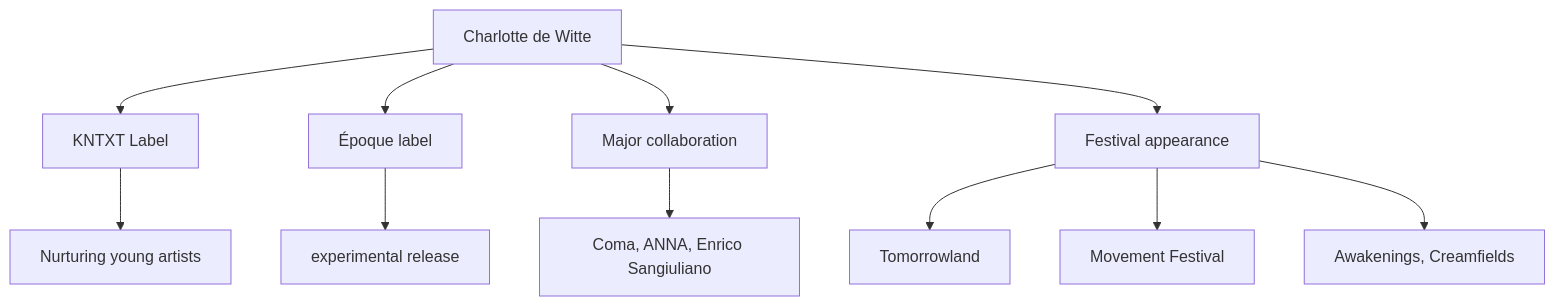
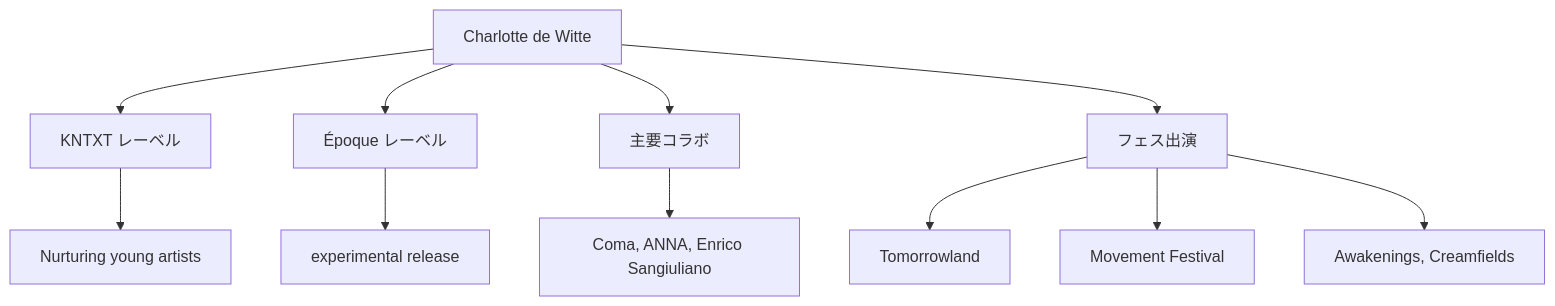
The second of 3 diagrams in en/_posts/2025-11-18-column-charlotte-de-witte.md (monumental-movement/monumental-movement.github.io), drawn with Mermaid before and after one commit. The commit also changed other lines of this file and 2196 other files, not shown here.

```diff
--- a/en/_posts/2025-11-18-column-charlotte-de-witte.md
+++ b/en/_posts/2025-11-18-column-charlotte-de-witte.md
@@ -206,15 +206,15 @@
 <div class="mermaid">
 
 graph TD
-    A[Charlotte de Witte] --> B[KNTXT Label]
-    A --> C[Époque label]
-    A --> D[Major collaboration]
-    A --> E[Festival appearance]
+    A[Charlotte de Witte] --> B[KNTXT レーベル]
+    A --> C[Époque レーベル]
+    A --> D[主要コラボ]
+    A --> E[フェス出演]
     B --> F[Nurturing young artists]
     C --> G[experimental release]
     D --> H[Coma, ANNA, Enrico Sangiuliano]
     E --> I[Tomorrowland]
     E --> J[Movement Festival]
     E --> K[Awakenings, Creamfields]
 
 </div>
```
